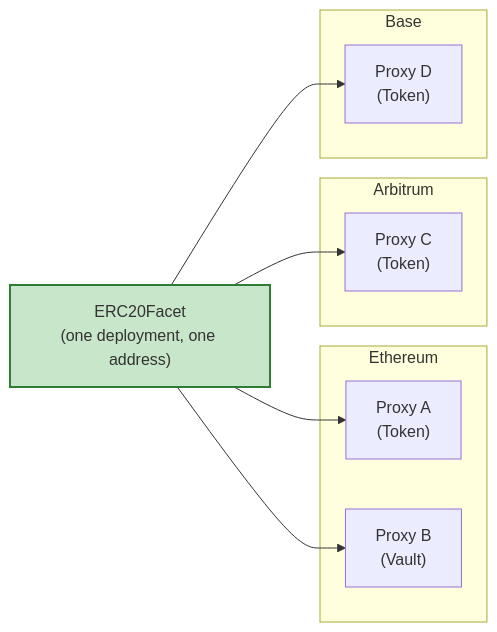
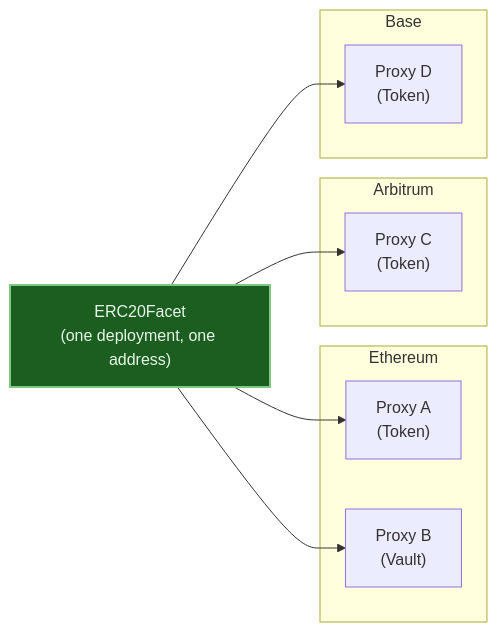
Before and after one commit to cyotee/crane: the diagram in docs/README.md, drawn with Mermaid. The commit also changed 4 other files, not shown here.

First line of the commit message:
docs: fix Mermaid node contrast on dark GitHub Pages theme

````diff
--- a/docs/README.md
+++ b/docs/README.md
@@ -19,24 +19,24 @@
 ```mermaid
 flowchart LR
     Facet["ERC20Facet<br/>(one deployment, one address)"]:::facet
 
     subgraph Chain1["Ethereum"]
         P1["Proxy A<br/>(Token)"]
         P2["Proxy B<br/>(Vault)"]
     end
 
     subgraph Chain2["Arbitrum"]
         P3["Proxy C<br/>(Token)"]
     end
 
     subgraph Chain3["Base"]
         P4["Proxy D<br/>(Token)"]
     end
 
     Facet --> P1
     Facet --> P2
     Facet --> P3
     Facet --> P4
 
-    classDef facet fill:#c8e6c9,stroke:#2e7d32,stroke-width:2px
+    classDef facet fill:#1b5e20,stroke:#81c784,color:#e8f5e9,stroke-width:2px
 ```
````
